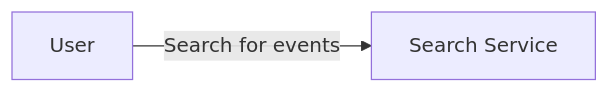
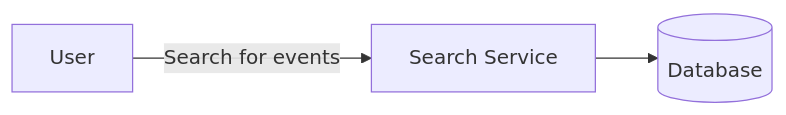
Before and after one commit to canda/javascript-excercises: the diagram in src/system-design/ticketmaster/ticketmaster.mmd, drawn with Mermaid. The commit also changed other lines of this file, not shown here.

Commit message:
Mar 1, 2026, 12:11 PM

```diff
--- a/src/system-design/ticketmaster/ticketmaster.mmd
+++ b/src/system-design/ticketmaster/ticketmaster.mmd
@@ -1,18 +1,20 @@
 %% Functional requirements
 %%   - Search for events
 %%   - View event details
 %%   - Purchase tickets
 %%   - View purchased tickets
 
 %% Non-functional requirements
 %%   - Many users should be able to search and purchase tickets simultaneously without performance degradation.
 %%   - Millions of simultaneous users trying to purchase tickets for popular events should not cause the system to crash.
+%%   - Tens of thousands of events
 
 %% API
 %% /search?q={query} - GET -  Search for events
 %% /events/{event_id} - GET -  Get event details
 %% /payment-method - POST -  create a payment method (POST request with payment token from stripe)
 %% /purchase - POST -  Purchase tickets (POST request with event_id, quantity, and payment method id)
 
 flowchart LR
   U[User] -->|Search for events| S[Search Service]
+  S --> D@{ shape: cyl, label: "Database" }
```
